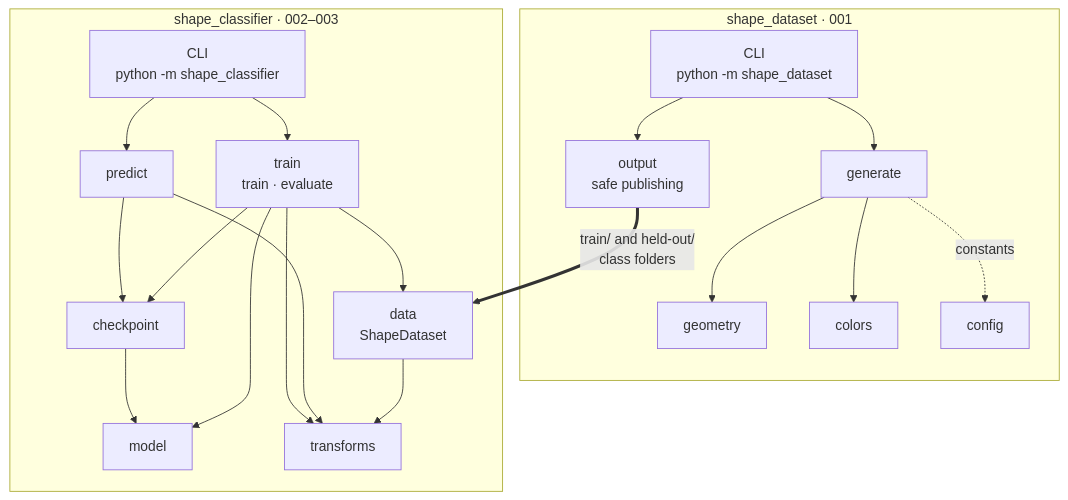
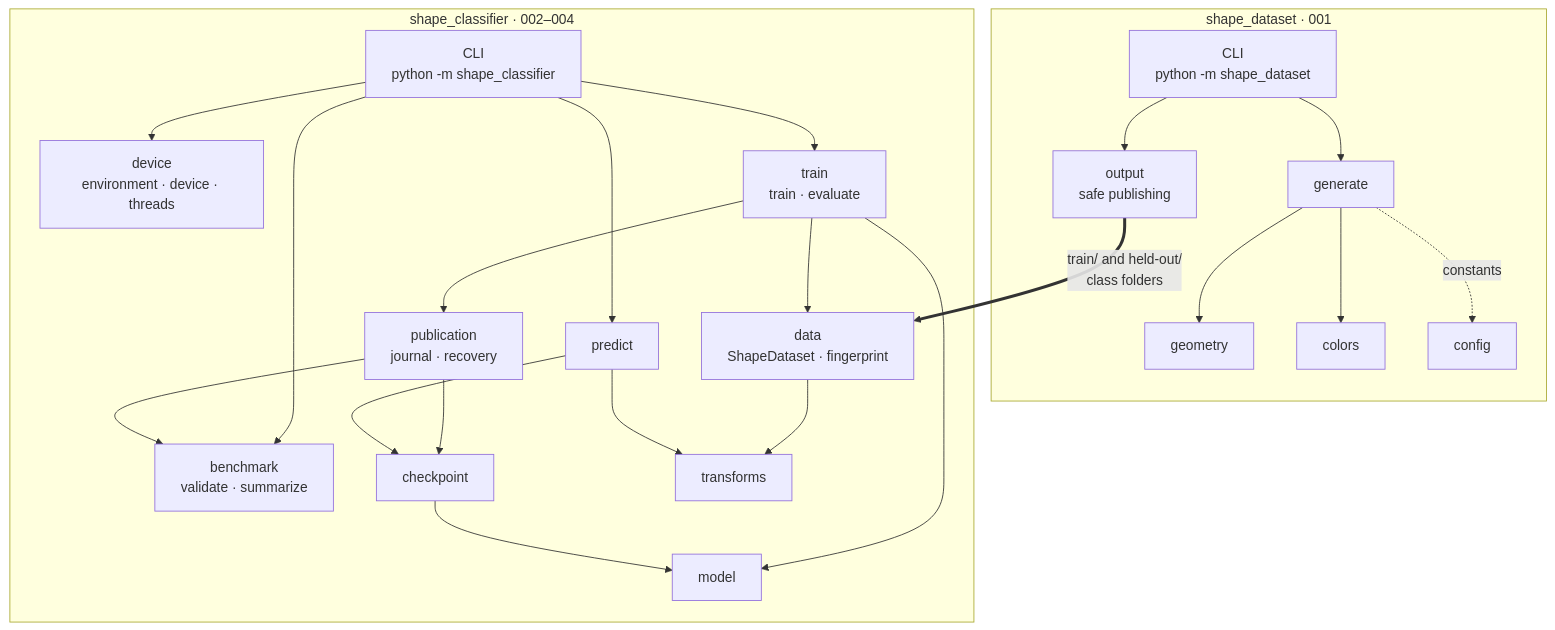
Before and after one commit to nal/ML: the second of 14 diagrams in CNN/image_classification/docs/hld/hld.md, drawn with Mermaid. The commit also changed other lines of this file and 1 other file, not shown here.

First line of the commit message:
docs(hld): refresh design and slides for device benchmark

````diff
--- a/CNN/image_classification/docs/hld/hld.md
+++ b/CNN/image_classification/docs/hld/hld.md
@@ -61,25 +70,28 @@
 ```mermaid
 flowchart TB
   subgraph ds["shape_dataset · 001"]
     dmain["CLI<br/>python -m shape_dataset"] --> dgen[generate]
     dgen --> dgeo[geometry]
     dgen --> dcol[colors]
     dgen -. constants .-> dcfg[config]
     dmain --> dout["output<br/>safe publishing"]
   end
 
-  subgraph sc["shape_classifier · 002–003"]
-    cmain["CLI<br/>python -m shape_classifier"] --> ctrain["train<br/>train · evaluate"]
+  subgraph sc["shape_classifier · 002–004"]
+    cmain["CLI<br/>python -m shape_classifier"] --> cdev["device<br/>environment · device · threads"]
+    cmain --> ctrain["train<br/>train · evaluate"]
     cmain --> cpred[predict]
-    ctrain --> cdata["data<br/>ShapeDataset"]
+    cmain --> cbench["benchmark<br/>validate · summarize"]
+    ctrain --> cdata["data<br/>ShapeDataset · fingerprint"]
     ctrain --> cmodel[model]
-    ctrain --> cckpt[checkpoint]
+    ctrain --> cpub["publication<br/>journal · recovery"]
+    cpub --> cckpt[checkpoint]
+    cpub --> cbench
     cpred --> cckpt
     cckpt --> cmodel
     cdata --> ctf[transforms]
     cpred --> ctf
-    ctrain --> ctf
   end
 
   dout == "train/ and held-out/<br/>class folders" ==> cdata
 ```
````
